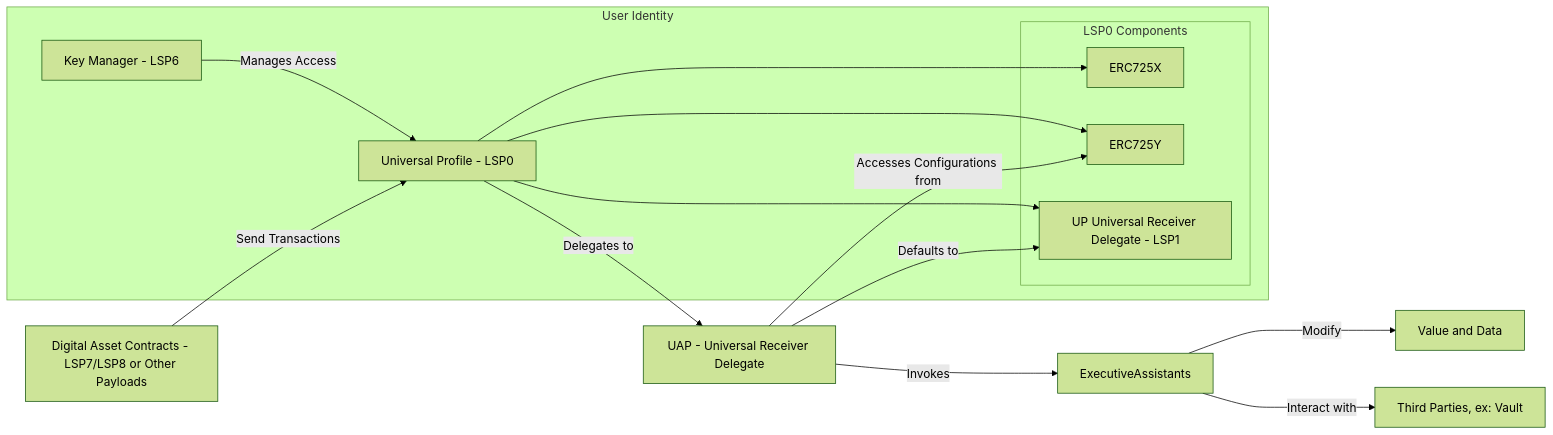
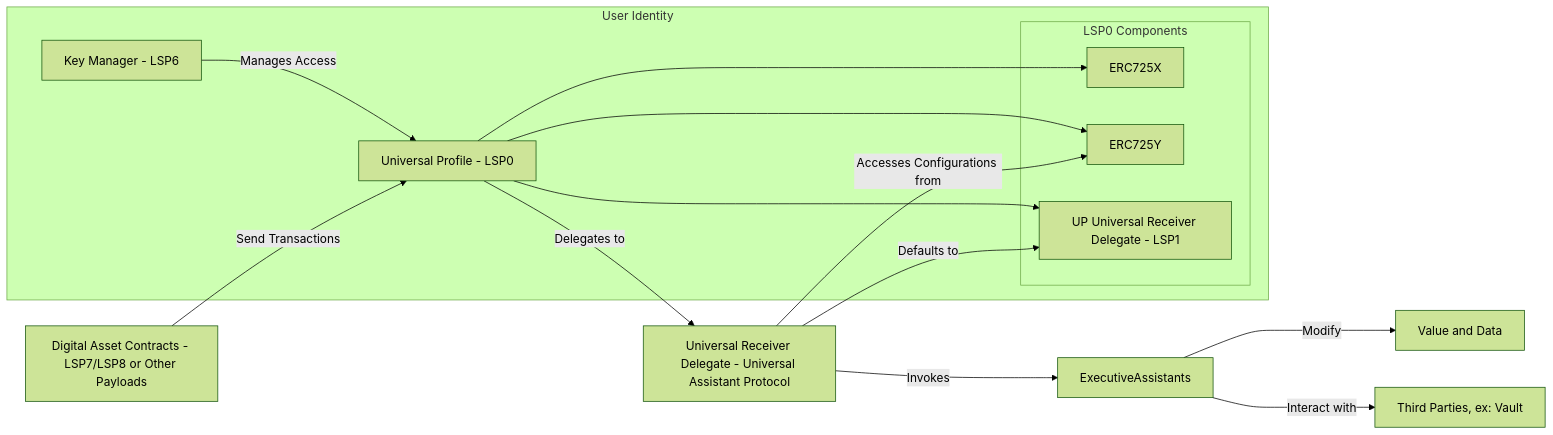
Before and after one commit to yearone-io/universal-assistant-protocol: the diagram in docs/ArchitectureAndComponents.md, drawn with Mermaid (forest theme). The commit also changed other lines of this file and 4 other files, not shown here.

````diff
--- a/docs/ArchitectureAndComponents.md
+++ b/docs/ArchitectureAndComponents.md
@@ -3,31 +3,31 @@
 ```mermaid
 graph LR
 
 subgraph User Identity
     UP[Universal Profile - LSP0]
     subgraph LSP0 Components
         ERC725X
         ERC725Y
         LSP1[UP Universal Receiver Delegate - LSP1]
     end
     UP --> ERC725X
     UP --> ERC725Y
     UP --> LSP1
     KM[Key Manager - LSP6] -->|Manages Access| UP
 end
 
 Tokens[Digital Asset Contracts - LSP7/LSP8 or Other Payloads] -->|Send Transactions| UP
 
-UP -->|Delegates to| URDuap[UAP - Universal Receiver Delegate]
+UP -->|Delegates to| URDuap[Universal Receiver Delegate - Universal Assistant Protocol]
 
 URDuap -->|Accesses Configurations from| ERC725Y
 
 URDuap -->|Invokes| ExecutiveAssistants
 
 ExecutiveAssistants -->|Modify| Value_and_Data[Value and Data]
 
 ExecutiveAssistants -->|Interact with| ThirdParties[Third Parties, ex: Vault]
 
 URDuap -->|Defaults to| LSP1
 
 ```
````
